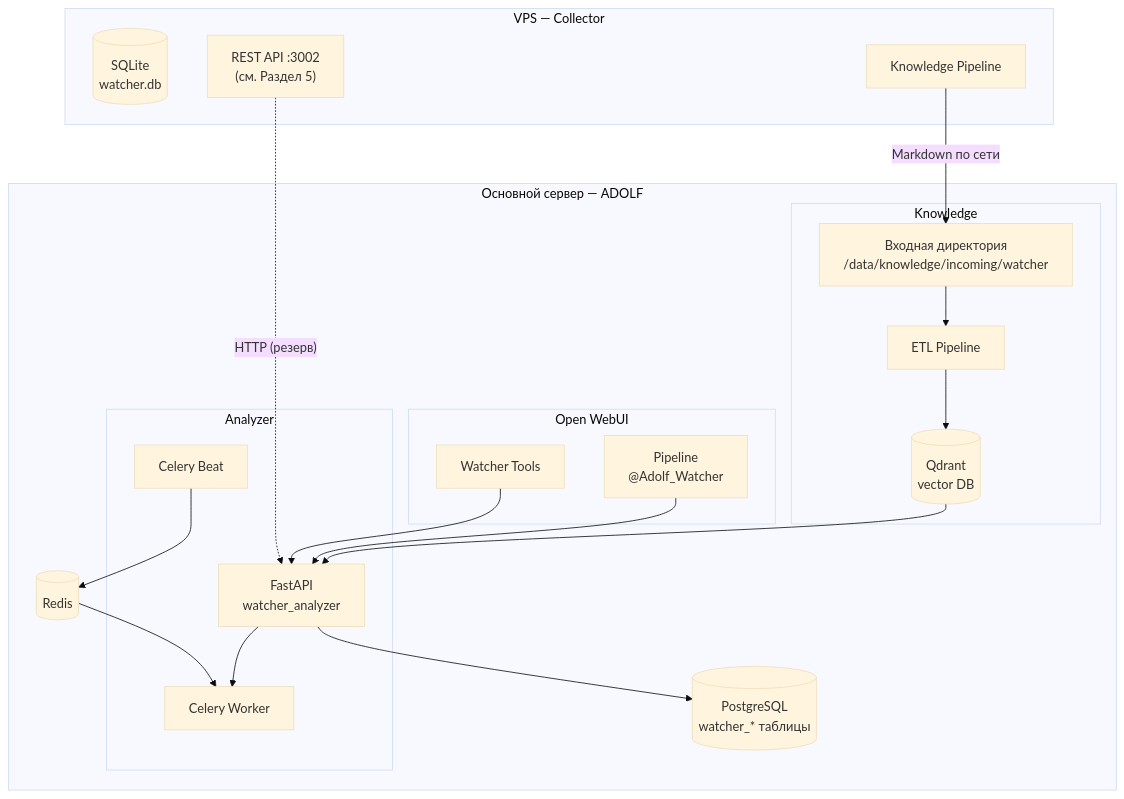
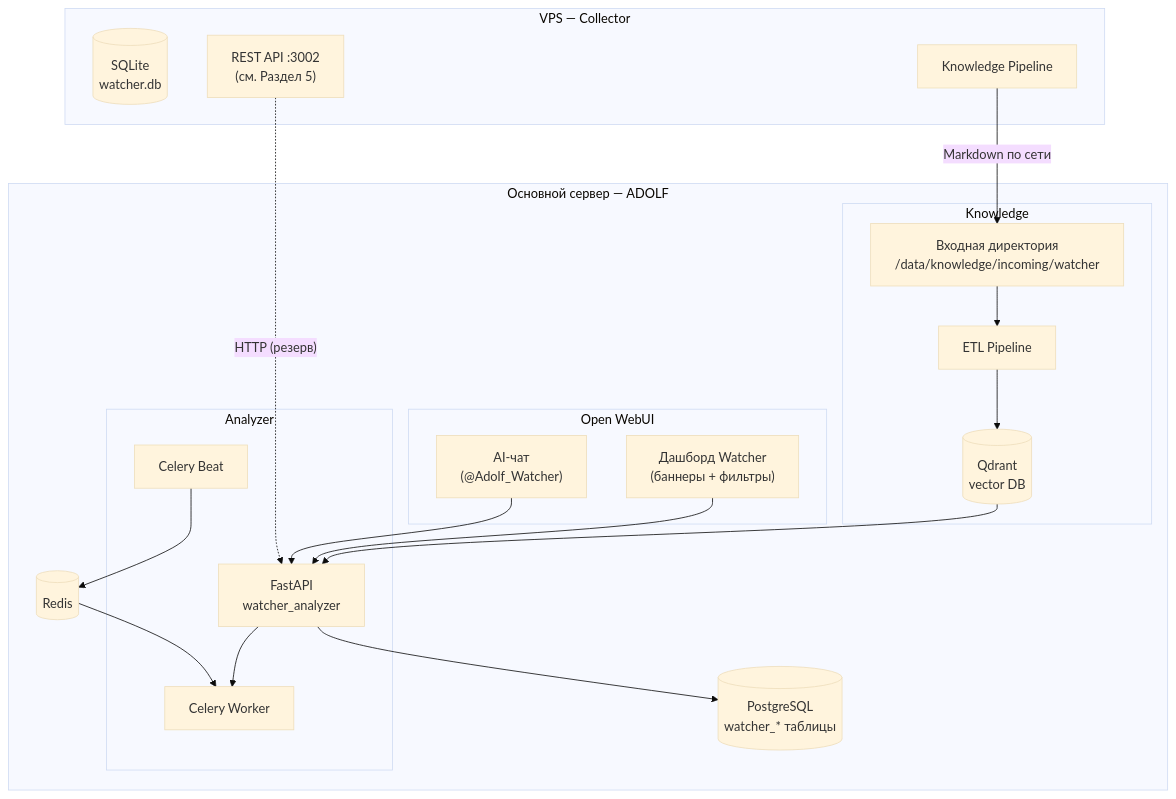
The second of 7 diagrams in watcher/adolf_watcher_6_analyzer_open_webui.md (Sign25/Docs), drawn with Mermaid (base theme) before and after one commit. The commit also changed other lines of this file, not shown here.

Commit message:
Watcher v4.2: Раздел 6 — дашборд с баннерами (вместо чат-интерфейса), AI-чат отдельно на главной

````diff
--- a/watcher/adolf_watcher_6_analyzer_open_webui.md
+++ b/watcher/adolf_watcher_6_analyzer_open_webui.md
@@ -19,44 +54,44 @@
 ```mermaid
 flowchart TB
     subgraph VPS["VPS — Collector"]
         SQLITE[("SQLite<br/>watcher.db")]
         API_COL["REST API :3002<br/>(см. Раздел 5)"]
         KP["Knowledge Pipeline"]
     end
 
     subgraph MAIN["Основной сервер — ADOLF"]
         subgraph ANALYZER["Analyzer"]
             FAST["FastAPI<br/>watcher_analyzer"]
             CELERY_W["Celery Worker"]
             CELERY_B["Celery Beat"]
         end
 
         subgraph KNOWLEDGE["Knowledge"]
             INPUT["Входная директория<br/>/data/knowledge/incoming/watcher"]
             ETL["ETL Pipeline"]
             QDRANT[("Qdrant<br/>vector DB")]
         end
 
         subgraph OWUI["Open WebUI"]
-            PIPE["Pipeline<br/>@Adolf_Watcher"]
-            TOOLS["Watcher Tools"]
+            DASH["Дашборд Watcher<br/>(баннеры + фильтры)"]
+            CHAT["AI-чат<br/>(@Adolf_Watcher)"]
         end
 
         CORE_DB[("PostgreSQL<br/>watcher_* таблицы")]
         REDIS[("Redis")]
     end
 
     KP -->|"Markdown по сети"| INPUT
     INPUT --> ETL
     ETL --> QDRANT
 
     QDRANT --> FAST
     FAST --> CORE_DB
     FAST --> CELERY_W
     CELERY_B --> REDIS --> CELERY_W
 
-    PIPE --> FAST
-    TOOLS --> FAST
+    DASH --> FAST
+    CHAT --> FAST
 
     API_COL -.->|"HTTP (резерв)"| FAST
 ```
````
